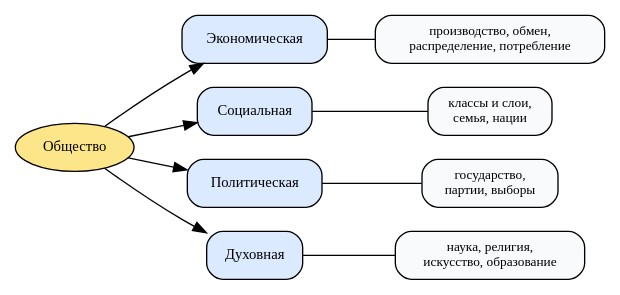
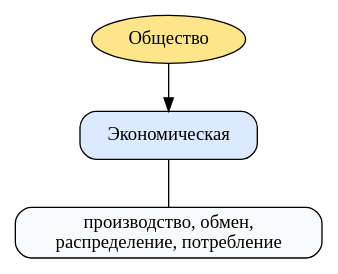
The fifth of 11 diagrams in examples/documents/22-geo-history.md (kscht/spiridus-docs), drawn with Graphviz before and after one commit. The commit also changed other lines of this file and 56 other files, not shown here.

````diff
--- a/examples/documents/22-geo-history.md
+++ b/examples/documents/22-geo-history.md
@@ -313,15 +281,10 @@
 ```dot
 digraph {
-  rankdir=LR
-  node [shape=box, style="rounded,filled", fontsize=11]
+  rankdir=TB
+  node [shape=box, style="rounded,filled", fontsize=14]
   root [label="Общество", shape=ellipse, fillcolor="#fde68a"]
-  node [fillcolor="#dbeafe"]
-  e [label="Экономическая"]; s [label="Социальная"]; p [label="Политическая"]; d [label="Духовная"]
-  node [fillcolor="#f8fafc", fontsize=10]
-  root -> {e s p d}
-  e -> e1 [arrowhead=none]; e1 [label="производство, обмен,\nраспределение, потребление"]
-  s -> s1 [arrowhead=none]; s1 [label="классы и слои,\nсемья, нации"]
-  p -> p1 [arrowhead=none]; p1 [label="государство,\nпартии, выборы"]
-  d -> d1 [arrowhead=none]; d1 [label="наука, религия,\nискусство, образование"]
+  e [label="Экономическая", fillcolor="#dbeafe"]
+  e1 [label="производство, обмен,\nраспределение, потребление", fillcolor="#f8fafc"]
+  root -> e; e -> e1 [arrowhead=none]
 }
 ```
````
